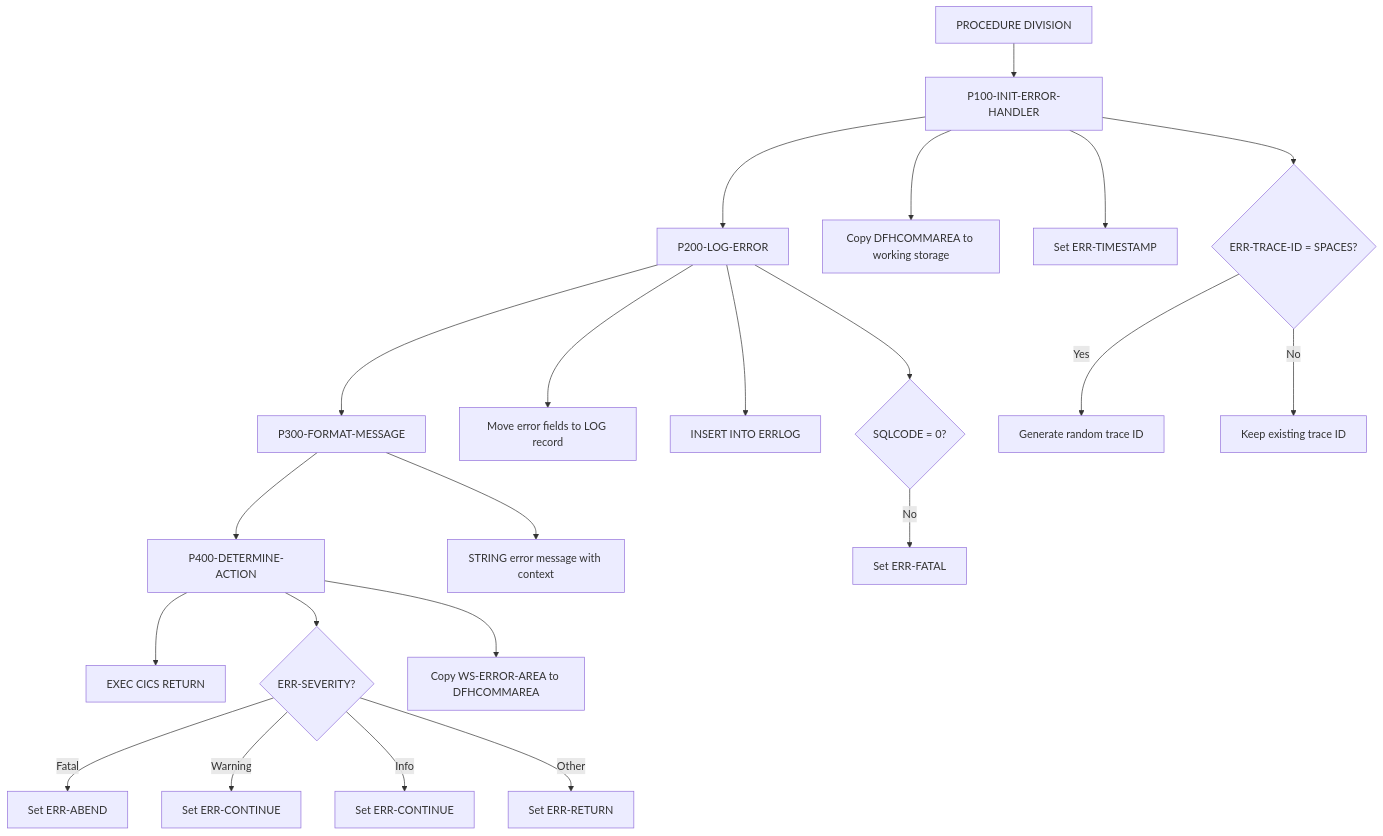
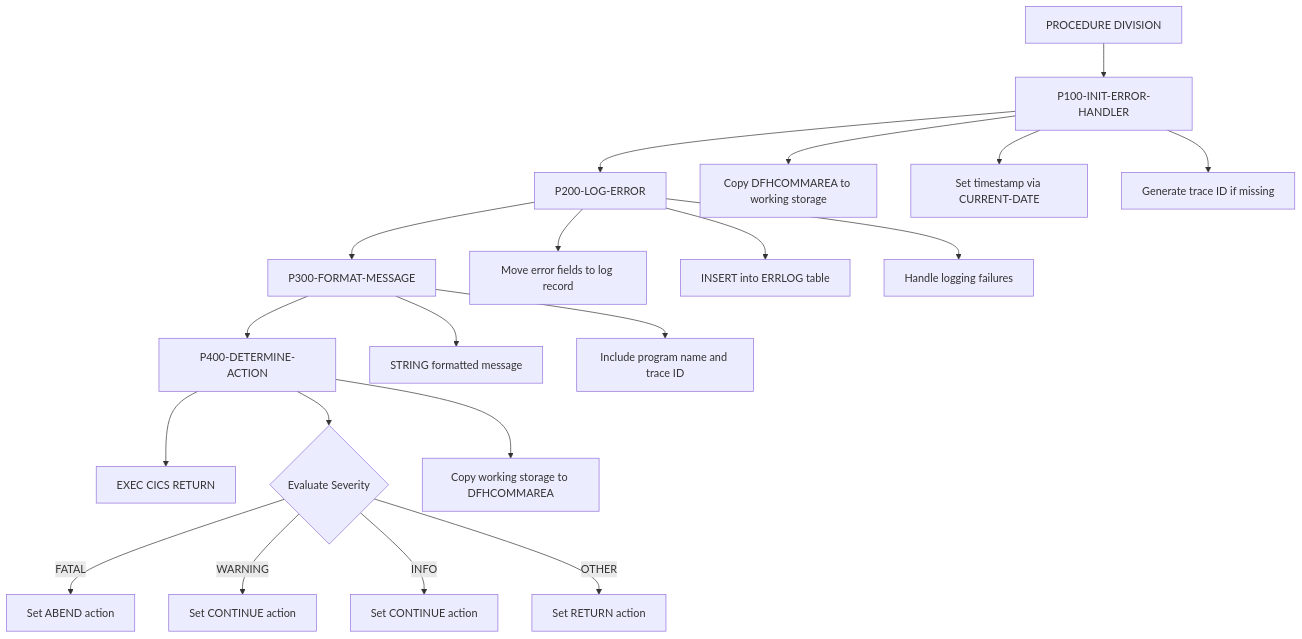
One commit to haladir-com/legacy-benchmark-docs-vb70e1 changed the diagram in docs/programs/ERRHNDL.mdx. Above: the diagram before and after it, drawn with Mermaid. The commit also changed other lines of this file and 63 other files, not shown here.

````diff
--- a/docs/programs/ERRHNDL.mdx
+++ b/docs/programs/ERRHNDL.mdx
@@ -16,28 +16,26 @@
 ```mermaid
 graph TD
     A[PROCEDURE DIVISION] --> B[P100-INIT-ERROR-HANDLER]
     B --> C[P200-LOG-ERROR]
     C --> D[P300-FORMAT-MESSAGE]
     D --> E[P400-DETERMINE-ACTION]
     E --> F[EXEC CICS RETURN]
     
     B --> B1[Copy DFHCOMMAREA to working storage]
-    B --> B2[Set ERR-TIMESTAMP]
-    B --> B3{ERR-TRACE-ID = SPACES?}
-    B3 -->|Yes| B4[Generate random trace ID]
-    B3 -->|No| B5[Keep existing trace ID]
+    B --> B2[Set timestamp via CURRENT-DATE]
+    B --> B3[Generate trace ID if missing]
     
-    C --> C1[Move error fields to LOG record]
-    C --> C2[INSERT INTO ERRLOG]
-    C --> C3{SQLCODE = 0?}
-    C3 -->|No| C4[Set ERR-FATAL]
+    C --> C1[Move error fields to log record]
+    C --> C2[INSERT into ERRLOG table]
+    C --> C3[Handle logging failures]
     
-    D --> D1[STRING error message with context]
+    D --> D1[STRING formatted message]
+    D --> D2[Include program name and trace ID]
     
-    E --> E1{ERR-SEVERITY?}
-    E1 -->|Fatal| E2[Set ERR-ABEND]
-    E1 -->|Warning| E3[Set ERR-CONTINUE]
-    E1 -->|Info| E4[Set ERR-CONTINUE]
-    E1 -->|Other| E5[Set ERR-RETURN]
-    E --> E6[Copy WS-ERROR-AREA to DFHCOMMAREA]
+    E --> E1{Evaluate Severity}
+    E1 -->|FATAL| E2[Set ABEND action]
+    E1 -->|WARNING| E3[Set CONTINUE action]
+    E1 -->|INFO| E4[Set CONTINUE action]
+    E1 -->|OTHER| E5[Set RETURN action]
+    E --> E6[Copy working storage to DFHCOMMAREA]
 ```
````
